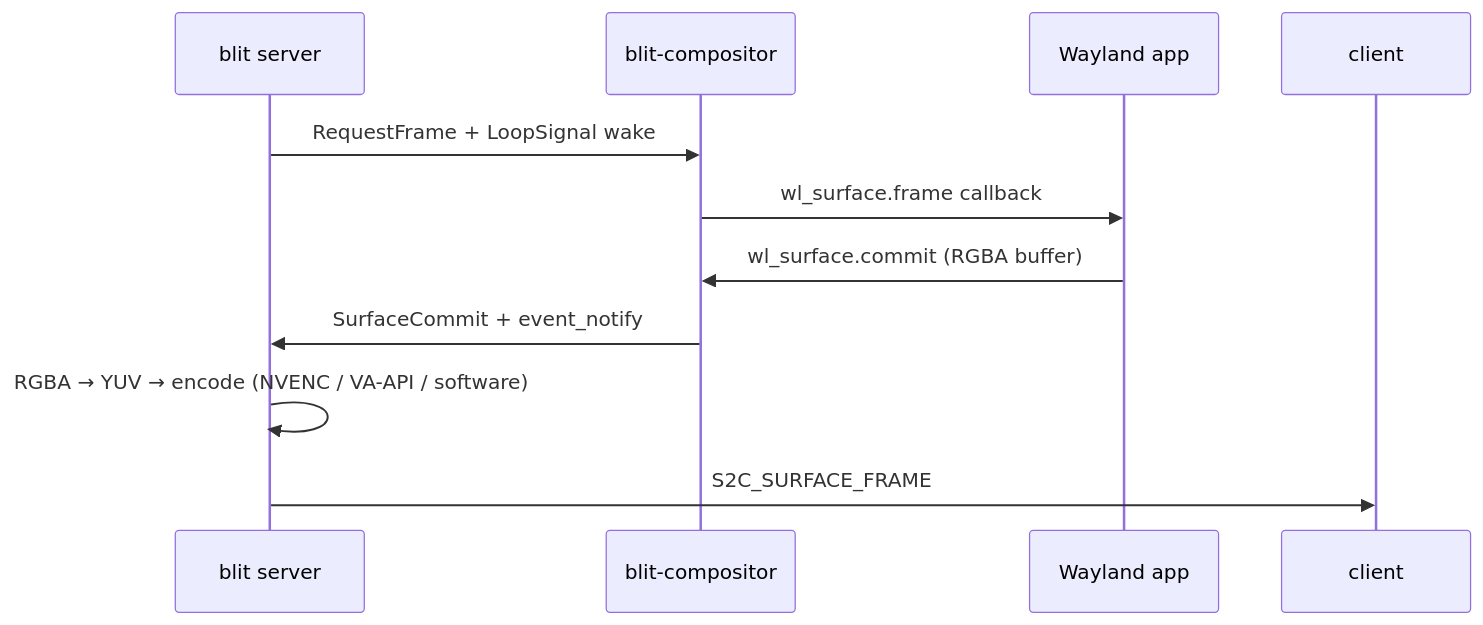
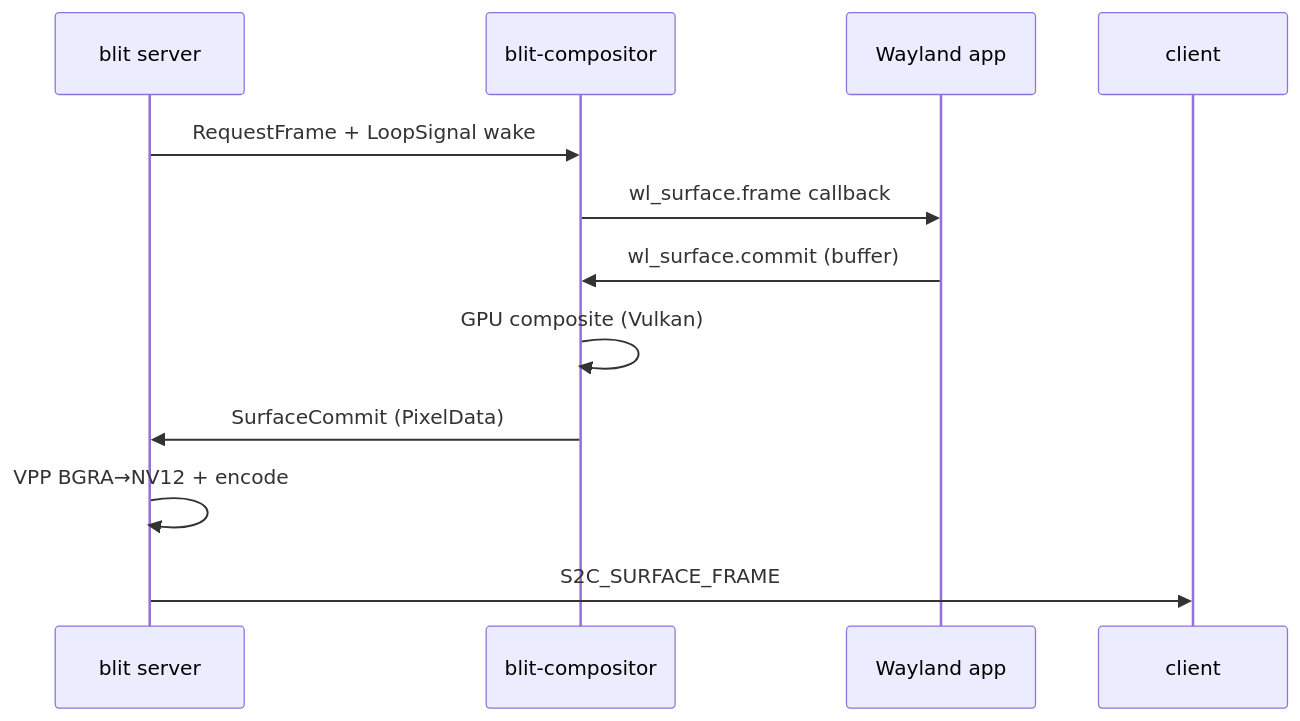
The second of 4 diagrams in docs/server.md (indent-com/blit), drawn with Mermaid before and after one commit. The commit also changed other lines of this file and 131 other files, not shown here.

````diff
--- a/docs/server.md
+++ b/docs/server.md
@@ -146,14 +147,15 @@
 ```mermaid
 sequenceDiagram
     participant S as blit server
     participant C as blit-compositor
     participant A as Wayland app
     participant Cl as client
 
     S->>C: RequestFrame + LoopSignal wake
     C->>A: wl_surface.frame callback
-    A->>C: wl_surface.commit (RGBA buffer)
-    C->>S: SurfaceCommit + event_notify
-    S->>S: RGBA → YUV → encode (NVENC / VA-API / software)
+    A->>C: wl_surface.commit (buffer)
+    C->>C: GPU composite (Vulkan)
+    C->>S: SurfaceCommit (PixelData)
+    S->>S: VPP BGRA→NV12 + encode
     S->>Cl: S2C_SURFACE_FRAME
 ```
````
